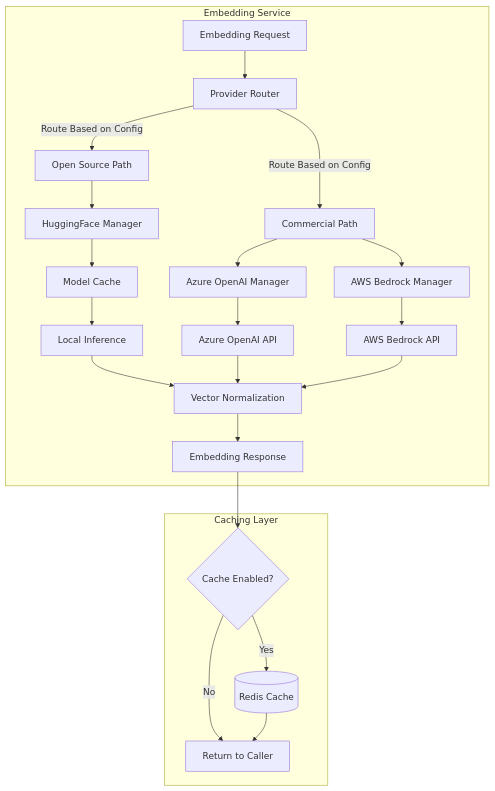
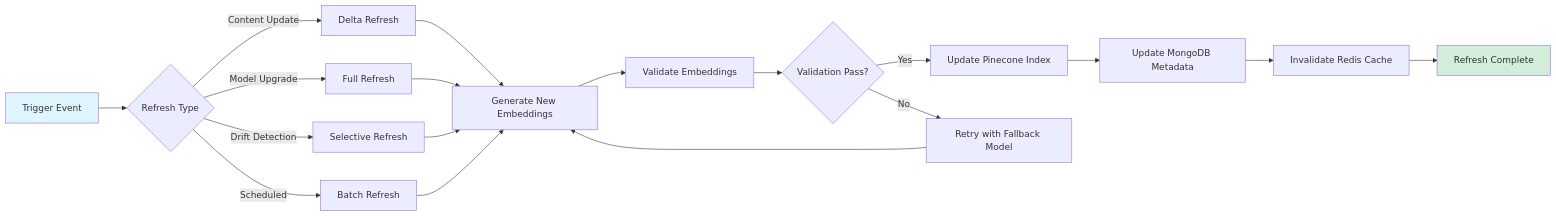
Before and after one commit to centricity-ai/doc-ai-cx-assist: the seventh of 10 diagrams in index.md, drawn with Mermaid. The commit also changed other lines of this file and 8 other files, not shown here.

First line of the commit message:
docs: implement clean technical architecture documentation with C4 model diagrams

````diff
--- a/index.md
+++ b/index.md
@@ -1994,31 +358,26 @@
 ```mermaid
-graph TB
-    subgraph "Embedding Service"
-        REQUEST[Embedding Request] --> ROUTER[Provider Router]
-        ROUTER -->|Route Based on Config| OSS_PATH[Open Source Path]
-        ROUTER -->|Route Based on Config| COMM_PATH[Commercial Path]
-        
-        OSS_PATH --> HF_MANAGER[HuggingFace Manager]
-        COMM_PATH --> AZURE_MANAGER[Azure OpenAI Manager]
-        COMM_PATH --> AWS_MANAGER[AWS Bedrock Manager]
-        
-        HF_MANAGER --> MODEL_CACHE[Model Cache]
-        MODEL_CACHE --> HF_INFERENCE[Local Inference]
-        
-        AZURE_MANAGER --> AZURE_API[Azure OpenAI API]
-        AWS_MANAGER --> BEDROCK_API[AWS Bedrock API]
-        
-        HF_INFERENCE --> NORMALIZE[Vector Normalization]
-        AZURE_API --> NORMALIZE
-        BEDROCK_API --> NORMALIZE
-        
-        NORMALIZE --> RESPONSE[Embedding Response]
-    end
-    
-    subgraph "Caching Layer"
-        RESPONSE --> CACHE_CHECK{Cache Enabled?}
-        CACHE_CHECK -->|Yes| REDIS_CACHE[(Redis Cache)]
-        CACHE_CHECK -->|No| RETURN[Return to Caller]
-        REDIS_CACHE --> RETURN
-    end
+graph LR
+    A[Trigger Event] --> B{Refresh Type}
+    B -->|Content Update| C[Delta Refresh]
+    B -->|Model Upgrade| D[Full Refresh]
+    B -->|Drift Detection| E[Selective Refresh]
+    B -->|Scheduled| F[Batch Refresh]
+
+    C --> G[Generate New Embeddings]
+    D --> G
+    E --> G
+    F --> G
+
+    G --> H[Validate Embeddings]
+    H --> I{Validation Pass?}
+    I -->|Yes| J[Update Pinecone Index]
+    I -->|No| K[Retry with Fallback Model]
+    K --> G
+
+    J --> L[Update MongoDB Metadata]
+    L --> M[Invalidate Redis Cache]
+    M --> N[Refresh Complete]
+
+    style A fill:#e1f5ff
+    style N fill:#d4edda
 ```
````
